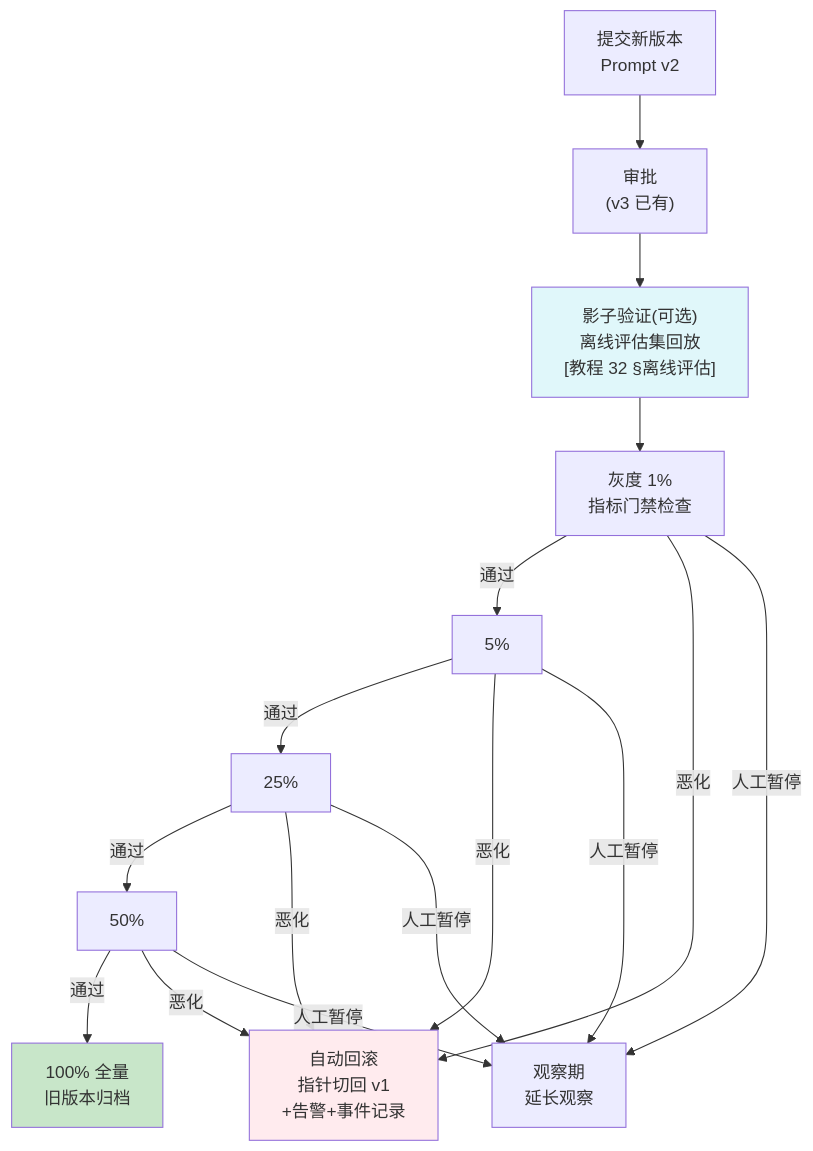
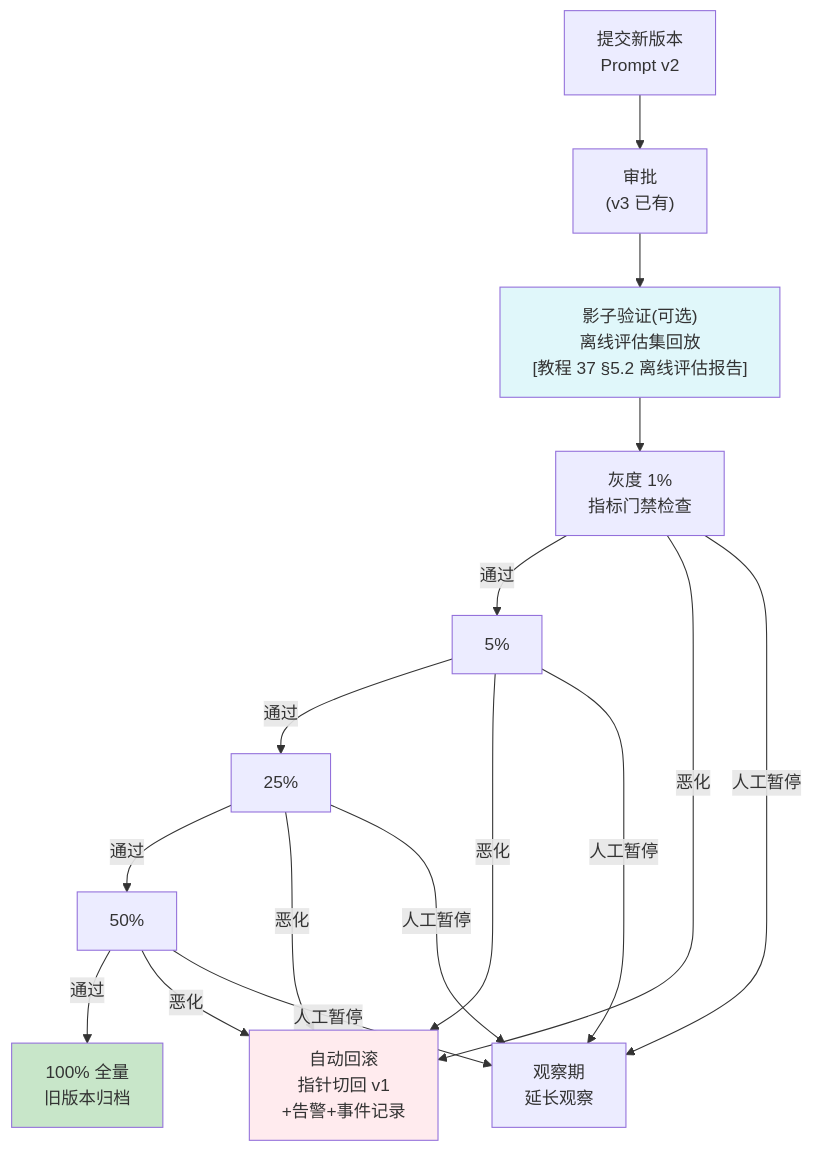
The diagram in docs/项目/05-企业级Agent中台/07-迭代六-灰度发布与AB测试.md (UranusGit/java-agent-learn), drawn with Mermaid before and after one commit. The commit also changed other lines of this file and 244 other files, not shown here.

````diff
--- a/docs/项目/05-企业级Agent中台/07-迭代六-灰度发布与AB测试.md
+++ b/docs/项目/05-企业级Agent中台/07-迭代六-灰度发布与AB测试.md
@@ -27,16 +27,16 @@
 ```mermaid
 flowchart TB
     DEV["提交新版本<br/>Prompt v2"] --> REVIEW["审批<br/>(v3 已有)"]
-    REVIEW --> SHADOW["影子验证(可选)<br/>离线评估集回放<br/>[教程 32 §离线评估]"]
+    REVIEW --> SHADOW["影子验证(可选)<br/>离线评估集回放<br/>[教程 37 §5.2 离线评估报告]"]
     SHADOW --> G1["灰度 1%<br/>指标门禁检查"]
     G1 -->|通过| G2["5%"]
     G2 -->|通过| G4["25%"]
     G4 -->|通过| G8["50%"]
     G8 -->|通过| FULL["100% 全量<br/>旧版本归档"]
     G1 & G2 & G4 & G8 -->|恶化| AUTO["自动回滚<br/>指针切回 v1<br/>+告警+事件记录"]
     G1 & G2 & G4 & G8 -->|人工暂停| HOLD["观察期<br/>延长观察"]
 
     style SHADOW fill:#e0f7fa
     style AUTO fill:#ffebee
     style FULL fill:#c8e6c9
 ```
````
